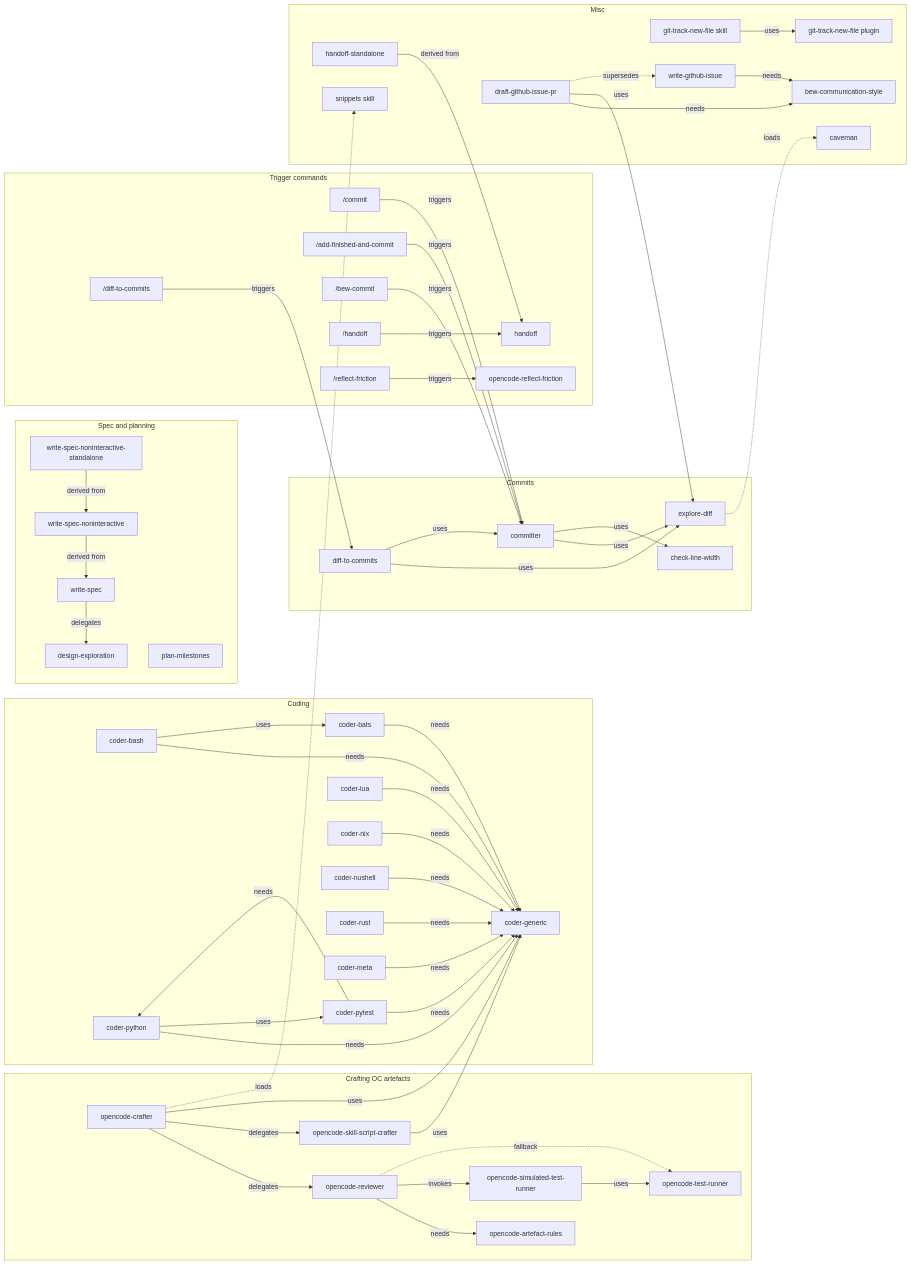
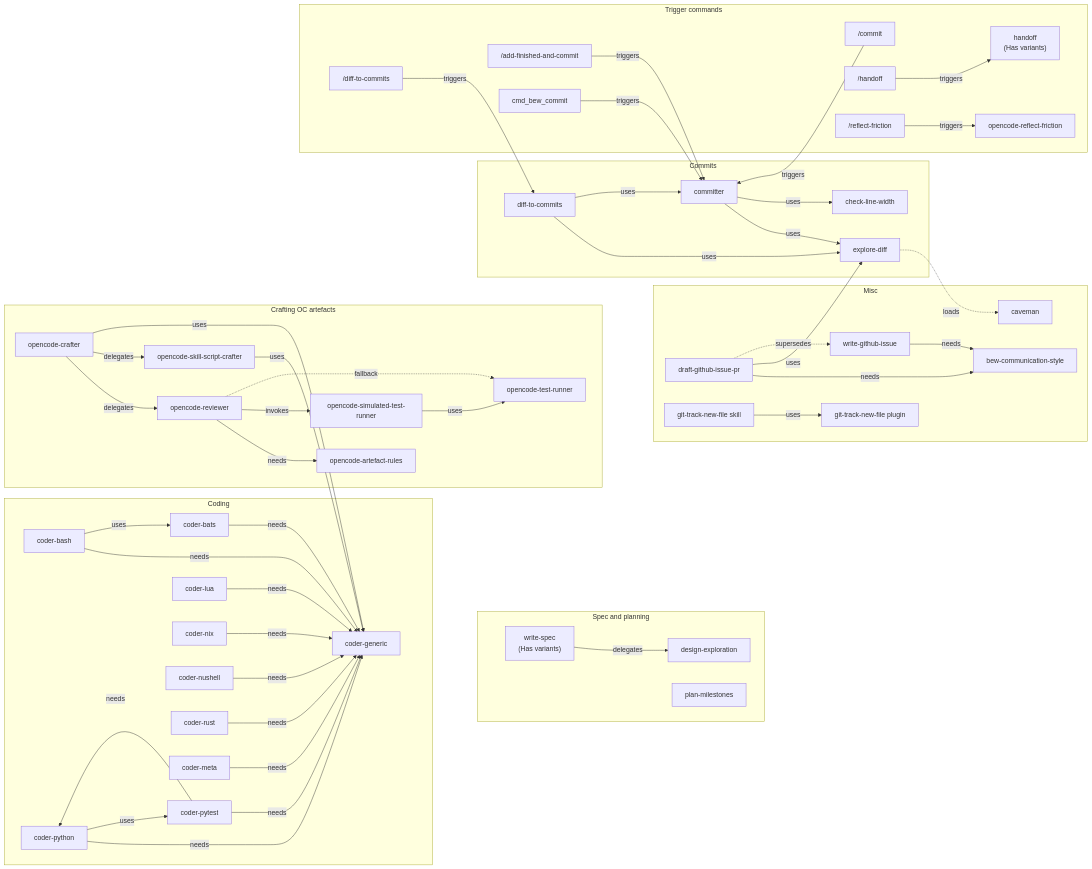
One commit to bew/dotfiles changed the diagram in opencode/MY_AI_STUFF.md. Above: the diagram before and after it, drawn with Mermaid. The commit also changed other lines of this file, not shown here.

Commit message:
oc(docs): Rework the catalogue graph node ids and variants
- Tag every graph node by artefact kind: `sk_` skills, `ag_` agents,
  `plug_` plugins; commands keep `cmd_`.
- Collapse variant skills into their original's node label.
- Drop the `snippets` skill from the graph and crafter prose.
- Minor: reword `/bew-commit` as an alias of `/commit`.

````diff
--- a/opencode/MY_AI_STUFF.md
+++ b/opencode/MY_AI_STUFF.md
@@ -12,102 +12,104 @@
 ```mermaid
 flowchart LR
   subgraph craft[Crafting OC artefacts]
-    oc_crafter["opencode-crafter"]
-    oc_reviewer["opencode-reviewer"]
-    script_crafter["opencode-skill-script-crafter"]
-    artefact_rules["opencode-artefact-rules"]
-    test_runner["opencode-test-runner"]
-    sim_test_runner["opencode-simulated-test-runner"]
-    oc_crafter -->|delegates| oc_reviewer
-    oc_crafter -->|delegates| script_crafter
-    oc_reviewer -->|needs| artefact_rules
-    oc_reviewer -->|invokes| sim_test_runner
-    sim_test_runner -->|uses| test_runner
-    oc_reviewer -. fallback .-> test_runner
+    sk_crafter["opencode-crafter"]
+    ag_reviewer["opencode-reviewer"]
+    ag_script_crafter["opencode-skill-script-crafter"]
+    sk_artefact_rules["opencode-artefact-rules"]
+    sk_test_runner["opencode-test-runner"]
+    ag_sim_test_runner["opencode-simulated-test-runner"]
+    sk_crafter -->|delegates| ag_reviewer
+    sk_crafter -->|delegates| ag_script_crafter
+    ag_reviewer -->|needs| sk_artefact_rules
+    ag_reviewer -->|invokes| ag_sim_test_runner
+    ag_sim_test_runner -->|uses| sk_test_runner
+    ag_reviewer -. fallback .-> sk_test_runner
   end
 
   subgraph code[Coding]
-    coder_generic["coder-generic"]
-    coder_bash["coder-bash"]
-    coder_bats["coder-bats"]
-    coder_python["coder-python"]
-    coder_pytest["coder-pytest"]
-    coder_lua["coder-lua"]
-    coder_nix["coder-nix"]
-    coder_nushell["coder-nushell"]
-    coder_rust["coder-rust"]
-    coder_meta["coder-meta"]
-    coder_bash -->|needs| coder_generic
-    coder_bash -->|uses| coder_bats
-    coder_bats -->|needs| coder_generic
-    coder_python -->|needs| coder_generic
-    coder_python -->|uses| coder_pytest
-    coder_pytest -->|needs| coder_generic
-    coder_pytest -->|needs| coder_python
-    coder_lua -->|needs| coder_generic
-    coder_nix -->|needs| coder_generic
-    coder_nushell -->|needs| coder_generic
-    coder_rust -->|needs| coder_generic
-    coder_meta -->|needs| coder_generic
-    oc_crafter -->|uses| coder_generic
-    script_crafter -->|uses| coder_generic
+    sk_coder_generic["coder-generic"]
+    sk_coder_bash["coder-bash"]
+    sk_coder_bats["coder-bats"]
+    sk_coder_python["coder-python"]
+    sk_coder_pytest["coder-pytest"]
+    sk_coder_lua["coder-lua"]
+    sk_coder_nix["coder-nix"]
+    sk_coder_nushell["coder-nushell"]
+    sk_coder_rust["coder-rust"]
+    sk_coder_meta["coder-meta"]
+    sk_coder_bash -->|needs| sk_coder_generic
+    sk_coder_bash -->|uses| sk_coder_bats
+    sk_coder_bats -->|needs| sk_coder_generic
+    sk_coder_python -->|needs| sk_coder_generic
+    sk_coder_python -->|uses| sk_coder_pytest
+    sk_coder_pytest -->|needs| sk_coder_generic
+    sk_coder_pytest -->|needs| sk_coder_python
+    sk_coder_lua -->|needs| sk_coder_generic
+    sk_coder_nix -->|needs| sk_coder_generic
+    sk_coder_nushell -->|needs| sk_coder_generic
+    sk_coder_rust -->|needs| sk_coder_generic
+    sk_coder_meta -->|needs| sk_coder_generic
+    sk_crafter -->|uses| sk_coder_generic
+    ag_script_crafter -->|uses| sk_coder_generic
   end
 
   subgraph spec[Spec and planning]
-    write_spec["write-spec"]
-    spec_noninter["write-spec-noninteractive"]
-    spec_ni_std["write-spec-noninteractive-standalone"]
-    design_explore["design-exploration"]
-    plan_milestones["plan-milestones"]
-    write_spec -->|delegates| design_explore
-    spec_noninter -->|derived from| write_spec
-    spec_ni_std -->|derived from| spec_noninter
+    sk_write_spec["write-spec<br/>(Has variants)"]
+    sk_design_explore["design-exploration"]
+    sk_plan_milestones["plan-milestones"]
+    sk_write_spec -->|delegates| sk_design_explore
   end
 
   subgraph commit[Commits]
-    committer["committer"]
-    diff2commits["diff-to-commits"]
-    explore_diff["explore-diff"]
-    check_width["check-line-width"]
-    committer -->|uses| explore_diff
-    committer -->|uses| check_width
-    diff2commits -->|uses| explore_diff
-    diff2commits -->|uses| committer
+    sk_committer["committer"]
+    sk_diff2commits["diff-to-commits"]
+    ag_explore_diff["explore-diff"]
+    sk_check_width["check-line-width"]
+    sk_committer -->|uses| ag_explore_diff
+    sk_committer -->|uses| sk_check_width
+    sk_diff2commits -->|uses| ag_explore_diff
+    sk_diff2commits -->|uses| sk_committer
   end
 
   subgraph trig[Trigger commands]
     cmd_commit["/commit"]
     cmd_add_commit["/add-finished-and-commit"]
-    cmd_bew_commit["/bew-commit"]
     cmd_diff2commits["/diff-to-commits"]
     cmd_handoff["/handoff"]
     cmd_friction["/reflect-friction"]
-    cmd_commit -->|triggers| committer
-    cmd_add_commit -->|triggers| committer
-    cmd_bew_commit -->|triggers| committer
-    cmd_diff2commits -->|triggers| diff2commits
-    cmd_handoff -->|triggers| handoff
-    cmd_friction -->|triggers| reflect_frict
+    cmd_commit -->|triggers| sk_committer
+    cmd_add_commit -->|triggers| sk_committer
+    cmd_bew_commit -->|triggers| sk_committer
+    cmd_diff2commits -->|triggers| sk_diff2commits
+    cmd_handoff -->|triggers| sk_handoff
+    cmd_friction -->|triggers| sk_reflect_frict
   end
 
   subgraph misc[Misc]
-    handoff["handoff"]
-    handoff_std["handoff-standalone"]
-    git_track_skill["git-track-new-file skill"]
-    git_track_plug["git-track-new-file plugin"]
-    github_issue["write-github-issue"]
-    draft_gh["draft-github-issue-pr"]
-    bew_comm_style["bew-communication-style"]
-    cav["caveman"]
-    snippets["snippets skill"]
-    reflect_frict["opencode-reflect-friction"]
-    handoff_std -->|derived from| handoff
-    git_track_skill -->|uses| git_track_plug
-    github_issue -->|needs| bew_comm_style
-    draft_gh -->|needs| bew_comm_style
-    draft_gh -->|uses| explore_diff
-    draft_gh -. supersedes .-> github_issue
-    explore_diff -. loads .-> cav
-    oc_crafter -. loads .-> snippets
+    sk_handoff["handoff<br/>(Has variants)"]
+    sk_git_track_skill["git-track-new-file skill"]
+    plug_git_track["git-track-new-file plugin"]
+    sk_github_issue["write-github-issue"]
+    sk_draft_gh["draft-github-issue-pr"]
+    sk_bew_comm_style["bew-communication-style"]
+    sk_cav["caveman"]
+    sk_reflect_frict["opencode-reflect-friction"]
+    sk_git_track_skill -->|uses| plug_git_track
+    sk_github_issue -->|needs| sk_bew_comm_style
+    sk_draft_gh -->|needs| sk_bew_comm_style
+    sk_draft_gh -->|uses| ag_explore_diff
+    sk_draft_gh -. supersedes .-> sk_github_issue
+    ag_explore_diff -. loads .-> sk_cav
   end
+
+  %% Invisible layout spine: force the section order as written
+  %% (craft → code → spec → commit → trig → misc).
+  sk_coder_generic ~~~ sk_write_spec
+  sk_write_spec ~~~ sk_committer
+  sk_committer ~~~ cmd_commit
+  cmd_commit ~~~ sk_handoff
+
+  %% Invisible links pinning `misc`'s root nodes after a late-ranked group.
+  sk_test_runner ~~~ sk_git_track_skill
+  sk_test_runner ~~~ sk_draft_gh
 ```
````
